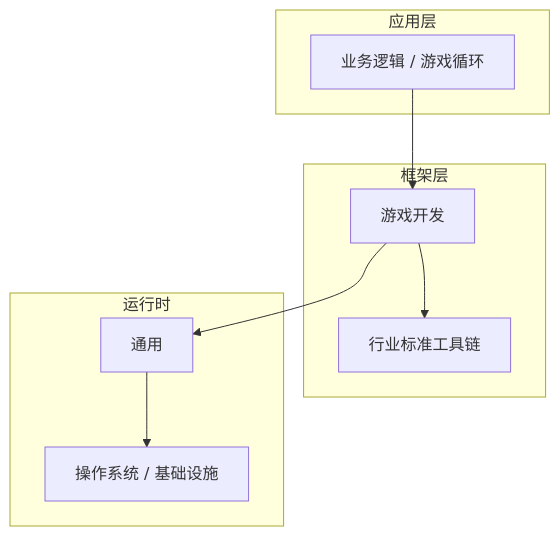
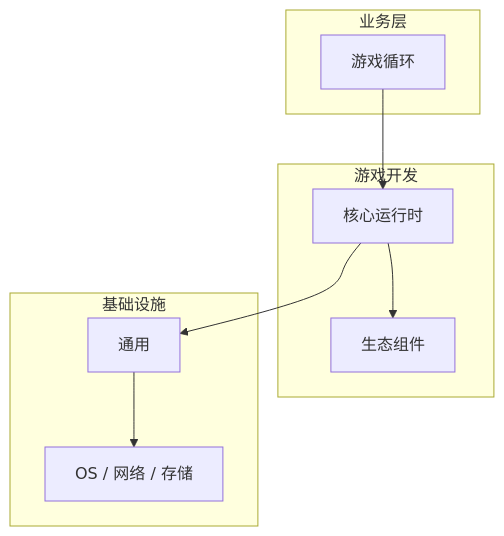
The diagram in articles/游戏开发/chapters/025-游戏循环核心概念与原理.md (yanggan2015/knowledge-json-v2), drawn with Mermaid before and after one commit. The commit also changed other lines of this file and 10127 other files, not shown here.

````diff
--- a/articles/游戏开发/chapters/025-游戏循环核心概念与原理.md
+++ b/articles/游戏开发/chapters/025-游戏循环核心概念与原理.md
@@ -45,18 +30,18 @@
 ```mermaid
 graph TB
-    subgraph 应用层
-        A[业务逻辑 / 游戏循环]
+    subgraph 业务层
+        A[游戏循环]
     end
-    subgraph 框架层
-        B[游戏开发]
-        C[行业标准工具链]
+    subgraph 游戏开发
+        B[核心运行时]
+        C[生态组件]
     end
-    subgraph 运行时
+    subgraph 基础设施
         D[通用]
-        E[操作系统 / 基础设施]
+        E[OS / 网络 / 存储]
     end
     A --> B
     B --> C
     B --> D
     D --> E
 ```
````
